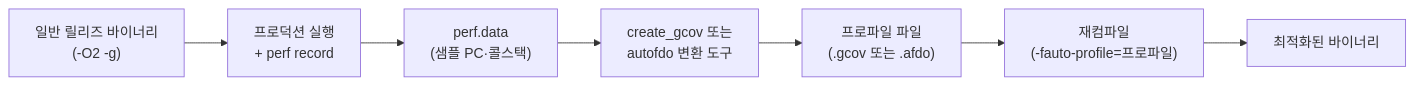
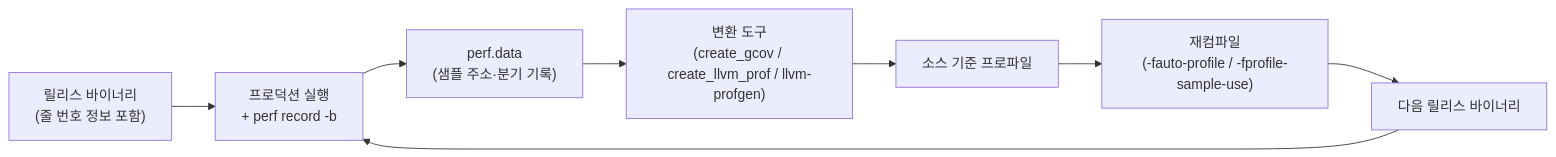
Before and after one commit to 42jerrykim/42jerrykim.github.io: the diagram in content/collection/optimization-03-compiler/15-autofdo/index.md, drawn with Mermaid. The commit also changed other lines of this file and 1 other file, not shown here.

First line of the commit message:
feat: optimization-03-compiler/15-autofdo post-quality-loop 채점 완료 (100점, 통과)

````diff
--- a/content/collection/optimization-03-compiler/15-autofdo/index.md
+++ b/content/collection/optimization-03-compiler/15-autofdo/index.md
@@ -84,9 +60,10 @@
 ```mermaid
 flowchart LR
-  A["일반 릴리즈 바이너리</br>(-O2 -g)"] --> B["프로덕션 실행</br>+ perf record"]
-  B --> C["perf.data</br>(샘플 PC·콜스택)"]
-  C --> D["create_gcov 또는</br>autofdo 변환 도구"]
-  D --> E["프로파일 파일</br>(.gcov 또는 .afdo)"]
-  E --> F["재컴파일</br>(-fauto-profile=프로파일)"]
-  F --> G["최적화된 바이너리"]
+  A["릴리스 바이너리<br/>(줄 번호 정보 포함)"] --> B["프로덕션 실행<br/>+ perf record -b"]
+  B --> C["perf.data<br/>(샘플 주소·분기 기록)"]
+  C --> D["변환 도구<br/>(create_gcov / create_llvm_prof / llvm-profgen)"]
+  D --> E["소스 기준 프로파일"]
+  E --> F["재컴파일<br/>(-fauto-profile / -fprofile-sample-use)"]
+  F --> G["다음 릴리스 바이너리"]
+  G --> B
 ```
````
